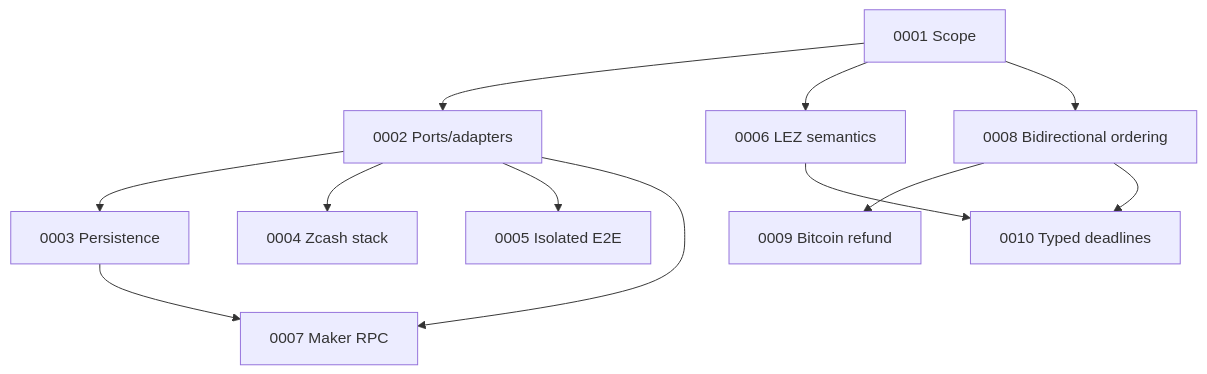
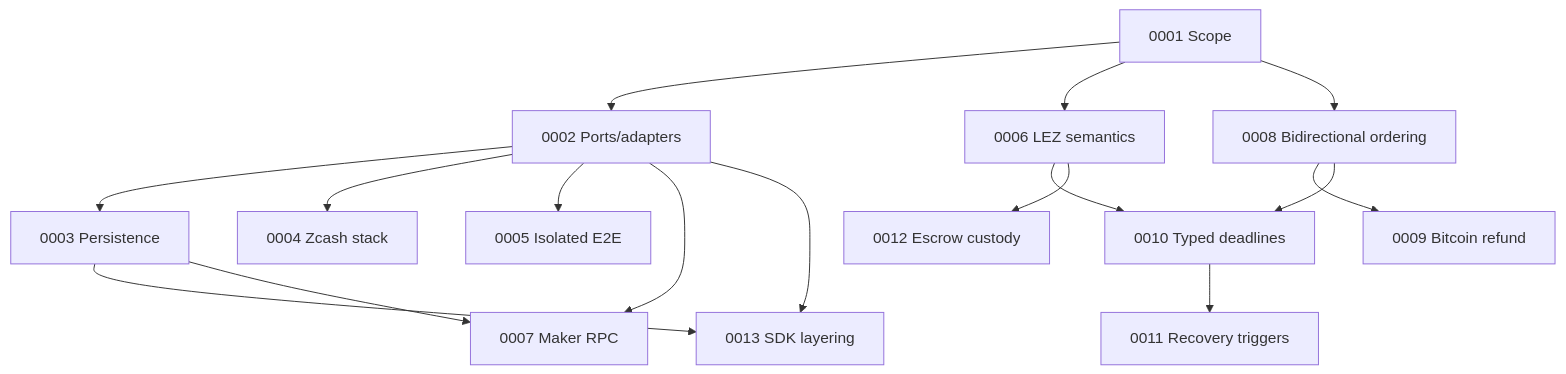
Before and after one commit to gateway-fm/lez-atomic-swaps: the diagram in docs/architecture/README.md, drawn with Mermaid. The commit also changed other lines of this file and 12 other files, not shown here.

Commit message:
docs: finalize milestone one architecture designs

````diff
--- a/docs/architecture/README.md
+++ b/docs/architecture/README.md
@@ -6,14 +6,18 @@
 ```mermaid
 flowchart TB
     Scope["0001 Scope"] --> Ports["0002 Ports/adapters"]
     Ports --> Persistence["0003 Persistence"]
     Ports --> Zcash["0004 Zcash stack"]
     Ports --> Docker["0005 Isolated E2E"]
     Scope --> LEZ["0006 LEZ semantics"]
     Ports --> RPC["0007 Maker RPC"]
     Scope --> Direction["0008 Bidirectional ordering"]
     Direction --> Bitcoin["0009 Bitcoin refund"]
     Direction --> Deadlines["0010 Typed deadlines"]
     LEZ --> Deadlines
+    Deadlines --> Recovery["0011 Recovery triggers"]
+    LEZ --> Custody["0012 Escrow custody"]
+    Ports --> SDK["0013 SDK layering"]
+    Persistence --> SDK
     Persistence --> RPC
 ```
````
